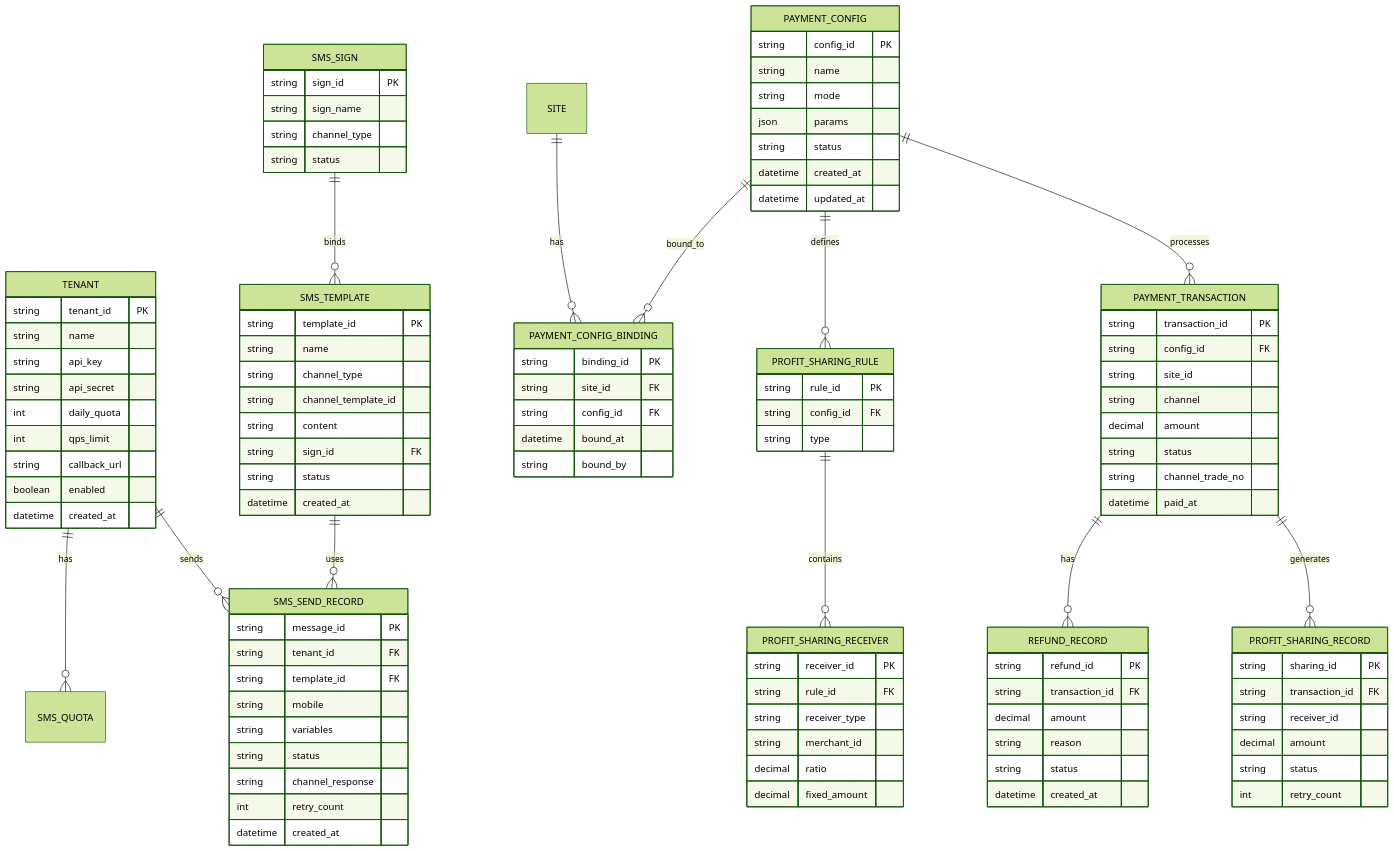
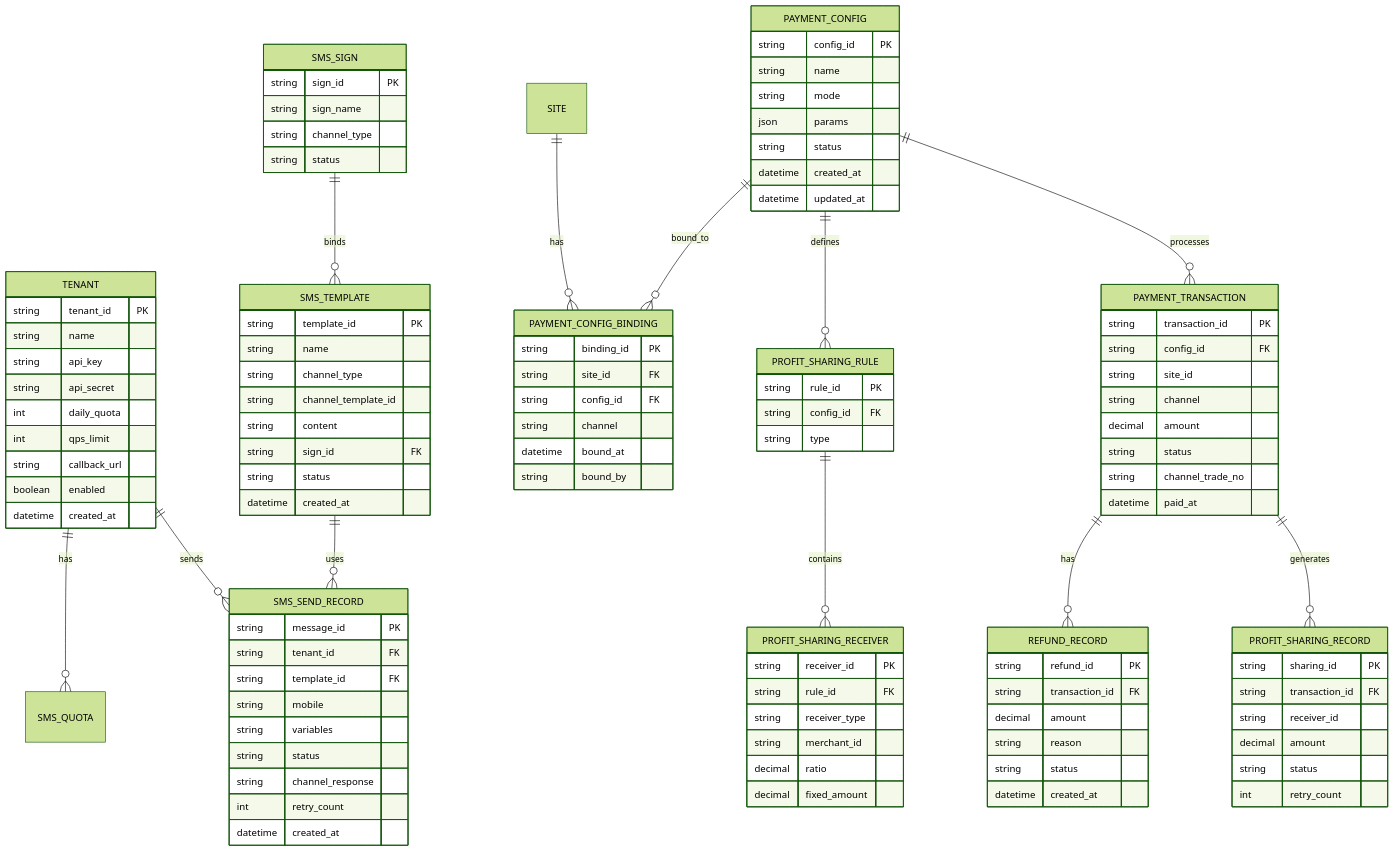
The diagram in docs/versions/v1.1.0/08-data-model.md (MarkTina/VitepressPRD), drawn with Mermaid (forest theme) before and after one commit. The commit also changed other lines of this file and 10 other files, not shown here.

```diff
--- a/docs/versions/v1.1.0/08-data-model.md
+++ b/docs/versions/v1.1.0/08-data-model.md
@@ -77,6 +77,7 @@
         string binding_id PK
         string site_id FK
         string config_id FK
+        string channel
         datetime bound_at
         string bound_by
     }
```
